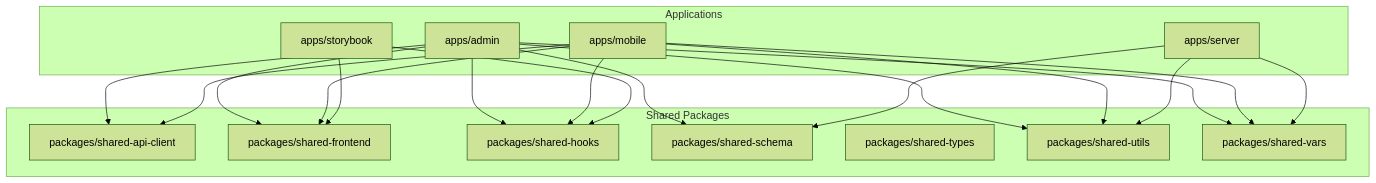
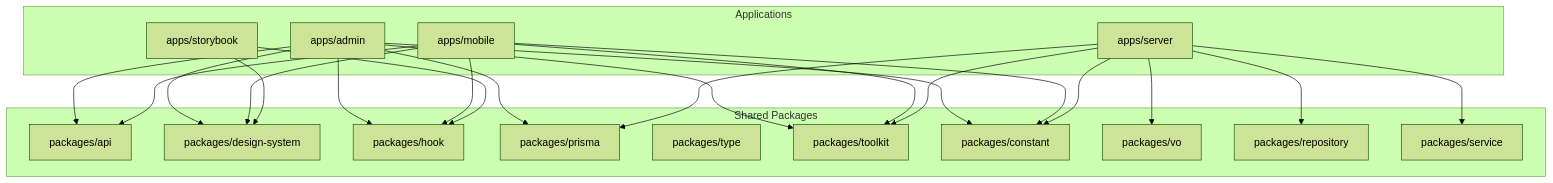
Before and after one commit to kimjoongwon/prj-core: the first of 6 diagrams in .qoder/repowiki/en/content/System Overview/Architecture Overview/Monorepo Architecture/Monorepo Architecture.md, drawn with Mermaid (forest theme). The commit also changed other lines of this file and 315 other files, not shown here.

````diff
--- a/.qoder/repowiki/en/content/System Overview/Architecture Overview/Monorepo Architecture/Monorepo Architecture.md
+++ b/.qoder/repowiki/en/content/System Overview/Architecture Overview/Monorepo Architecture/Monorepo Architecture.md
@@ -30,34 +42,40 @@
 ```mermaid
 graph TD
 subgraph "Applications"
 Admin[apps/admin]
 Mobile[apps/mobile]
 Server[apps/server]
 Storybook[apps/storybook]
 end
 subgraph "Shared Packages"
-ApiClient[packages/shared-api-client]
-Frontend[packages/shared-frontend]
-Hooks[packages/shared-hooks]
-Schema[packages/shared-schema]
-Types[packages/shared-types]
-Utils[packages/shared-utils]
-Vars[packages/shared-vars]
+ApiClient[packages/api]
+Frontend[packages/design-system]
+Hooks[packages/hook]
+Schema[packages/prisma]
+Types[packages/type]
+Utils[packages/toolkit]
+Vars[packages/constant]
+VO[packages/vo]
+Repository[packages/repository]
+Service[packages/service]
 end
 Admin --> Frontend
 Admin --> Hooks
 Admin --> Utils
 Admin --> Vars
 Admin --> ApiClient
 Admin --> Schema
 Mobile --> Frontend
 Mobile --> Hooks
 Mobile --> Utils
 Mobile --> Vars
 Mobile --> ApiClient
 Server --> Schema
 Server --> Utils
 Server --> Vars
+Server --> Repository
+Server --> Service
+Server --> VO
 Storybook --> Frontend
 Storybook --> Hooks
 ```
````
